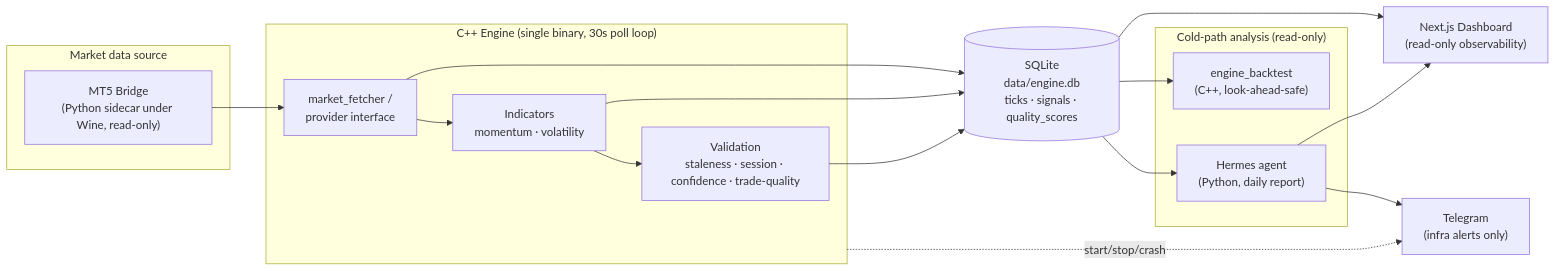
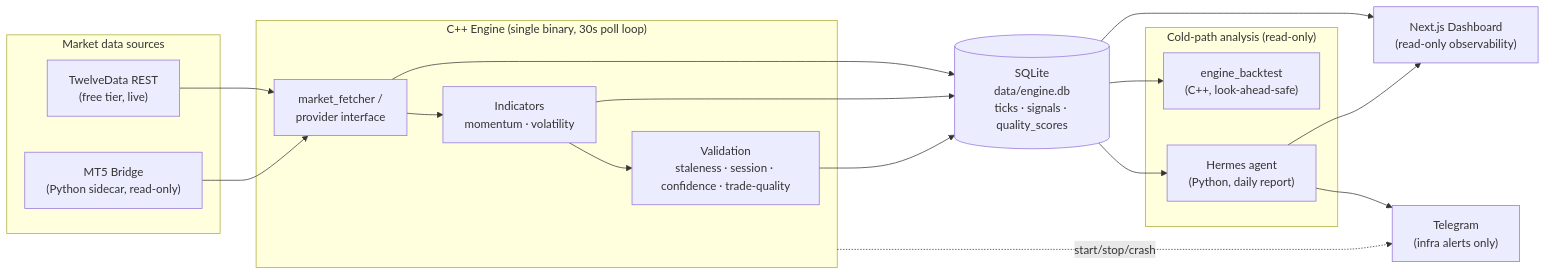
The diagram in README.md (Kadir70-dev/market-microstructure-engine), drawn with Mermaid before and after one commit. The commit also changed other lines of this file and 23 other files, not shown here.

First line of the commit message:
Fix MT5/Linux architecture: revert to TwelveData interim feed; adopt MQL5 file-export as the MT5 design

````diff
--- a/README.md
+++ b/README.md
@@ -59,34 +59,36 @@
 ```mermaid
 flowchart LR
-    subgraph Feeds["Market data source"]
-        MT5["MT5 Bridge<br/>(Python sidecar under Wine, read-only)"]
+    subgraph Feeds["Market data sources"]
+        TD["TwelveData REST<br/>(free tier, live)"]
+        MT5["MT5 Bridge<br/>(Python sidecar, read-only)"]
     end
 
     subgraph Engine["C++ Engine (single binary, 30s poll loop)"]
         FETCH["market_fetcher /<br/>provider interface"]
         IND["Indicators<br/>momentum · volatility"]
         VAL["Validation<br/>staleness · session · confidence · trade-quality"]
     end
 
     DB[("SQLite<br/>data/engine.db<br/>ticks · signals · quality_scores")]
 
     subgraph Cold["Cold-path analysis (read-only)"]
         BT["engine_backtest<br/>(C++, look-ahead-safe)"]
         HERMES["Hermes agent<br/>(Python, daily report)"]
     end
 
     DASH["Next.js Dashboard<br/>(read-only observability)"]
     TG["Telegram<br/>(infra alerts only)"]
 
+    TD --> FETCH
     MT5 --> FETCH
     FETCH --> IND --> VAL
     FETCH --> DB
     IND --> DB
     VAL --> DB
     DB --> BT
     DB --> HERMES
     DB --> DASH
     HERMES --> DASH
     HERMES --> TG
     Engine -. start/stop/crash .-> TG
 ```
````
